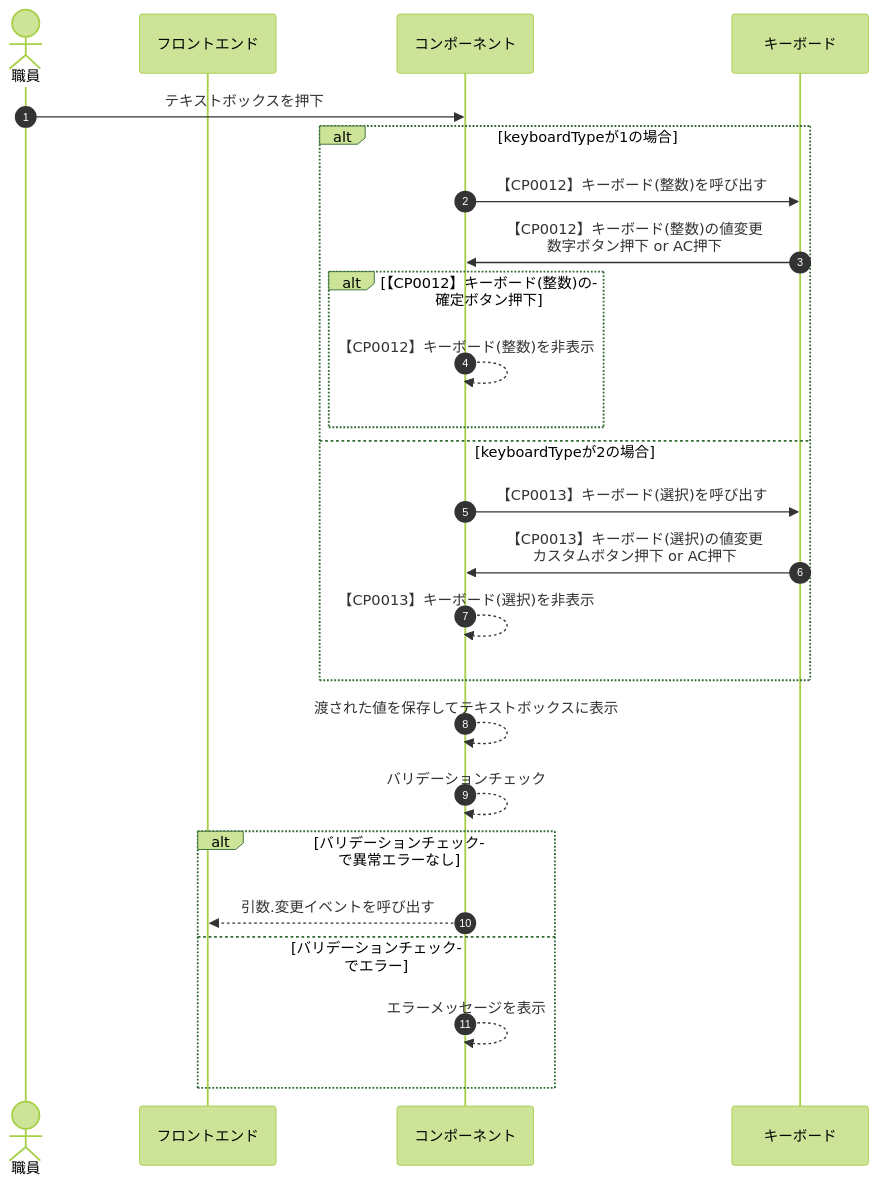
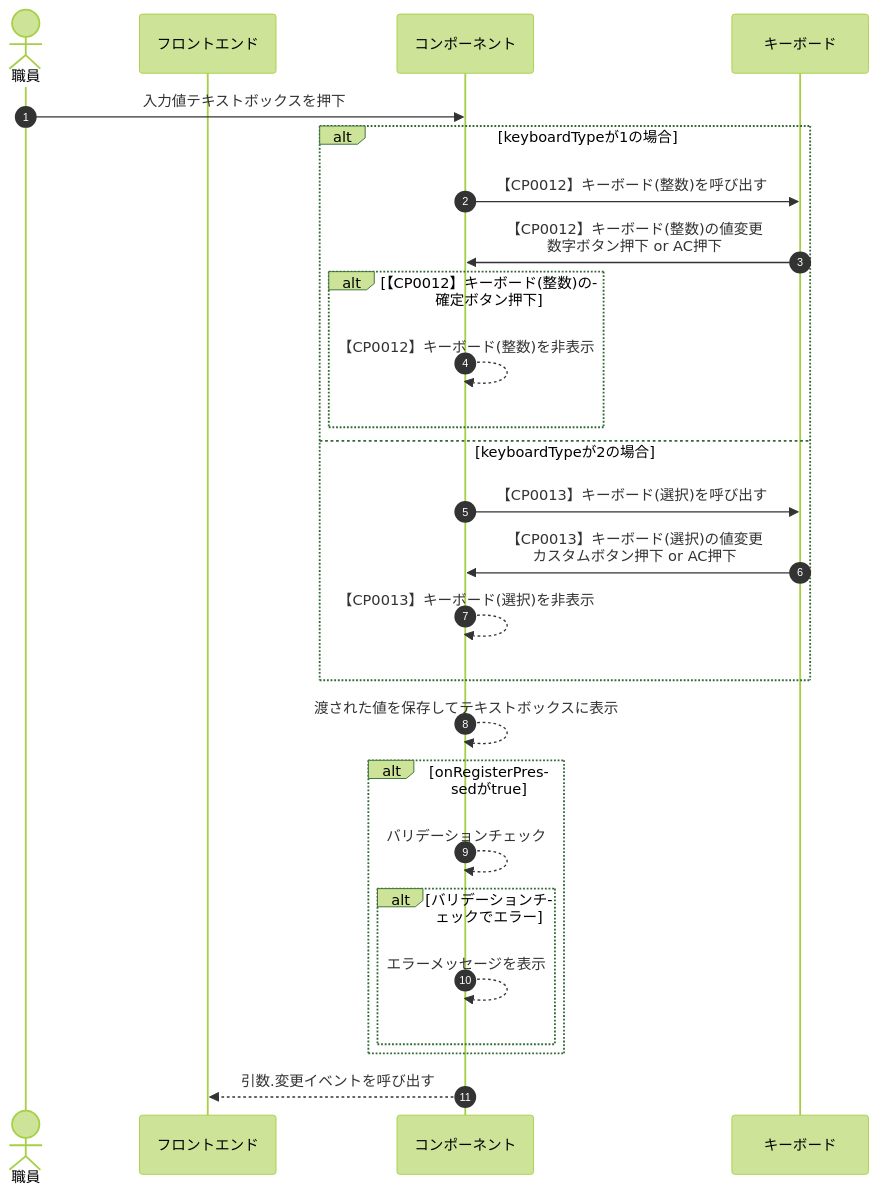
Before and after one commit to MrWangpeilin945/FlutterIOS: the diagram in Documents/UI設計書/src/docs/コンポーネント/CP1012_検査項目グループ_検査：視力/CP1012-TextboxPressed.mmd, drawn with Mermaid. The commit also changed other lines of this file and 22 other files, not shown here.

Commit message:
シーケンス図を修正

```diff
--- a/Documents/UI設計書/src/docs/コンポーネント/CP1012_検査項目グループ_検査：視力/CP1012-TextboxPressed.mmd
+++ b/Documents/UI設計書/src/docs/コンポーネント/CP1012_検査項目グループ_検査：視力/CP1012-TextboxPressed.mmd
@@ -1,27 +1,28 @@
 %%{init:{'theme':'forest'}}%%
 sequenceDiagram
 autonumber
   actor User as 職員
   participant FE as フロントエンド
   participant KN as コンポーネント
   participant Key as キーボード
 
-  User->>KN:テキストボックスを押下
+  User->>KN:入力値テキストボックスを押下
   alt keyboardTypeが1の場合
   KN->>Key:【CP0012】キーボード(整数)を呼び出す
   Key->>KN:【CP0012】キーボード(整数)の値変更<br>数字ボタン押下 or AC押下
   alt 【CP0012】キーボード(整数)の確定ボタン押下
   KN-->>KN:【CP0012】キーボード(整数)を非表示
   end
   else keyboardTypeが2の場合
   KN->>Key:【CP0013】キーボード(選択)を呼び出す
   Key->>KN:【CP0013】キーボード(選択)の値変更<br>カスタムボタン押下 or AC押下
   KN-->>KN:【CP0013】キーボード(選択)を非表示
   end
   KN-->>KN:渡された値を保存してテキストボックスに表示
+  alt onRegisterPressedがtrue
   KN-->>KN:バリデーションチェック
-  alt バリデーションチェックで異常エラーなし
-  KN-->>FE:引数.変更イベントを呼び出す
-  else バリデーションチェックでエラー
+  alt バリデーションチェックでエラー
   KN-->>KN:エラーメッセージを表示 
   end
+  end
+  KN-->>FE:引数.変更イベントを呼び出す
```
